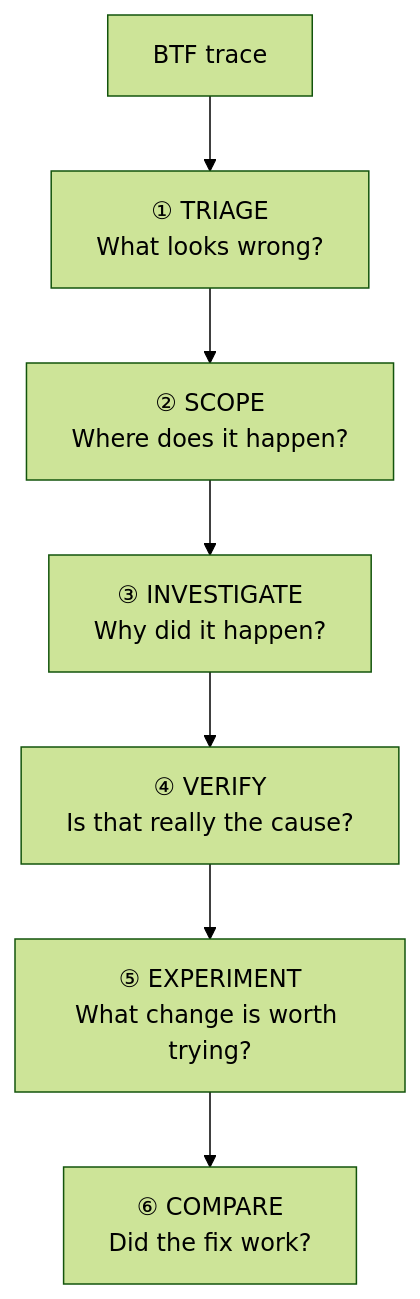
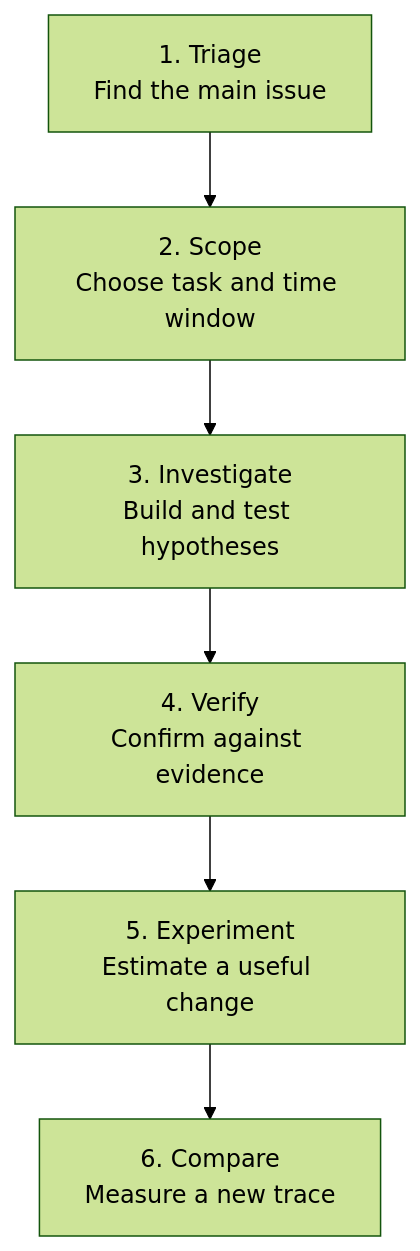
Before and after one commit to kuopinghsu/FreeRTOS-BTF-Trace: the first of 11 diagrams in BTFViewer/AI.md, drawn with Mermaid (forest theme). The commit also changed other lines of this file, not shown here.

````diff
--- a/BTFViewer/AI.md
+++ b/BTFViewer/AI.md
@@ -130,9 +18,8 @@
 ```mermaid
 flowchart TD
-  trace[BTF trace] --> triage["① TRIAGE<br/>What looks wrong?"]
-  triage --> scope["② SCOPE<br/>Where does it happen?"]
-  scope --> investigate["③ INVESTIGATE<br/>Why did it happen?"]
-  investigate --> verify["④ VERIFY<br/>Is that really the cause?"]
-  verify --> experiment["⑤ EXPERIMENT<br/>What change is worth trying?"]
-  experiment --> compare["⑥ COMPARE<br/>Did the fix work?"]
+  triage["1. Triage<br/>Find the main issue"] --> scope["2. Scope<br/>Choose task and time window"]
+  scope --> investigate["3. Investigate<br/>Build and test hypotheses"]
+  investigate --> verify["4. Verify<br/>Confirm against evidence"]
+  verify --> experiment["5. Experiment<br/>Estimate a useful change"]
+  experiment --> compare["6. Compare<br/>Measure a new trace"]
 ```
````
